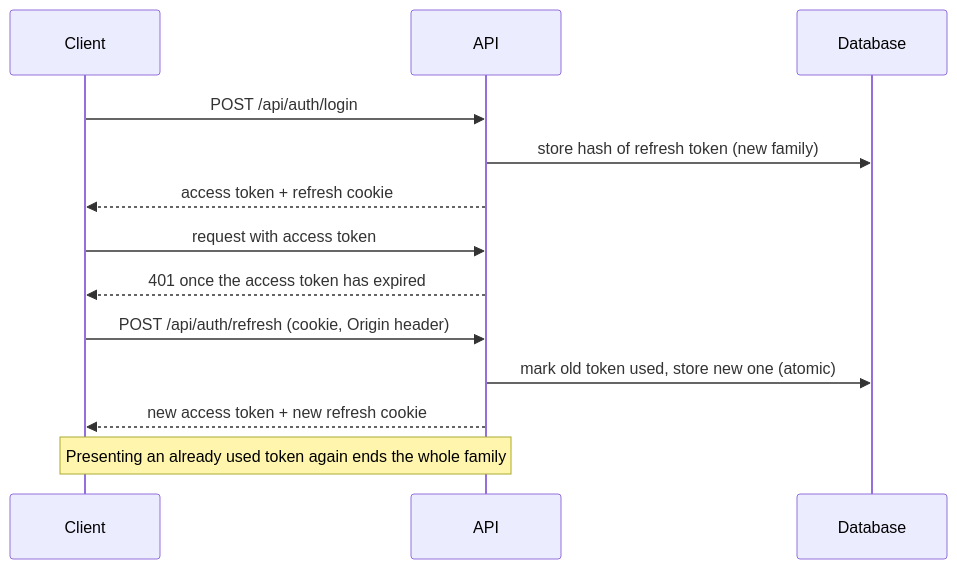
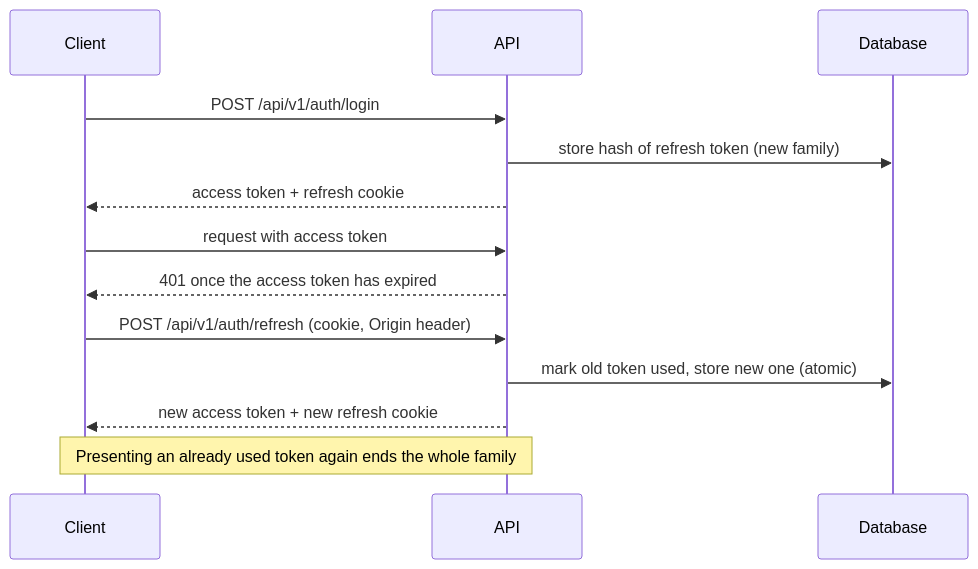
The first of 2 diagrams in README.md (Prabodh-dev/DevSphere), drawn with Mermaid before and after one commit. The commit also changed other lines of this file and 32 other files, not shown here.

````diff
--- a/README.md
+++ b/README.md
@@ -93,15 +93,15 @@
 ```mermaid
 sequenceDiagram
     participant C as Client
     participant A as API
     participant D as Database
-    C->>A: POST /api/auth/login
+    C->>A: POST /api/v1/auth/login
     A->>D: store hash of refresh token (new family)
     A-->>C: access token + refresh cookie
     C->>A: request with access token
     A-->>C: 401 once the access token has expired
-    C->>A: POST /api/auth/refresh (cookie, Origin header)
+    C->>A: POST /api/v1/auth/refresh (cookie, Origin header)
     A->>D: mark old token used, store new one (atomic)
     A-->>C: new access token + new refresh cookie
     Note over C,A: Presenting an already used token again ends the whole family
 ```
````
